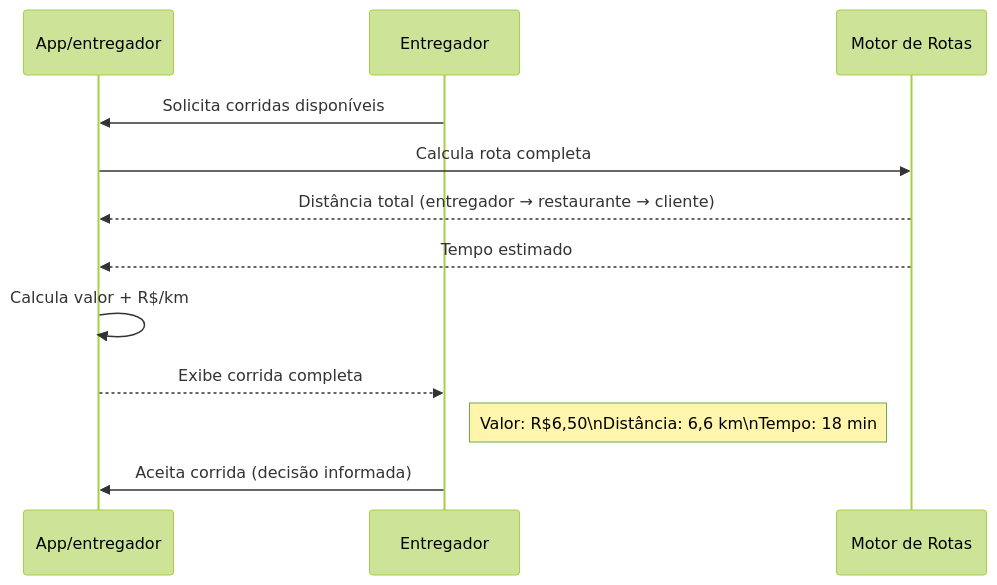
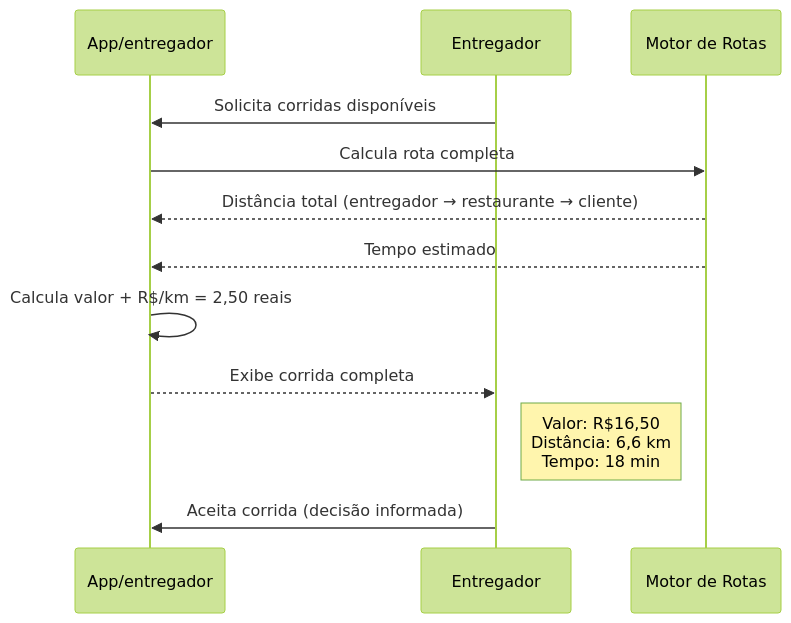
Before and after one commit to Pimbosss/Projeto-Flash-Foods: the third of 4 diagrams in diagramadeSequencia.md, drawn with Mermaid (forest theme).

````diff
--- a/diagramadeSequencia.md
+++ b/diagramadeSequencia.md
@@ -60,22 +60,22 @@
 ```mermaid
 
     sequenceDiagram
     participant App as App/entregador
     participant Entregador
     participant Sistema as Motor de Rotas
 
     Entregador->>App: Solicita corridas disponíveis
 
     App->>Sistema: Calcula rota completa
     Sistema-->>App: Distância total (entregador → restaurante → cliente)
     Sistema-->>App: Tempo estimado
 
-    App->>App: Calcula valor + R$/km
+    App->>App: Calcula valor + R$/km = 2,50 reais
 
     App-->>Entregador: Exibe corrida completa
-    Note right of Entregador: Valor: R$6,50\nDistância: 6,6 km\nTempo: 18 min
+    Note right of Entregador: Valor: R$16,50 <br/> Distância: 6,6 km <br/> Tempo: 18 min
 
     Entregador->>App: Aceita corrida (decisão informada)    
 
 
 ```
````
